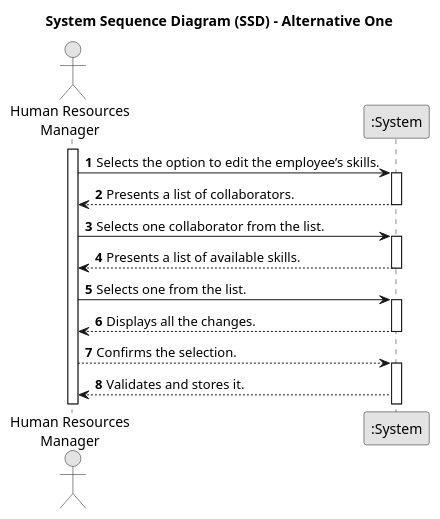
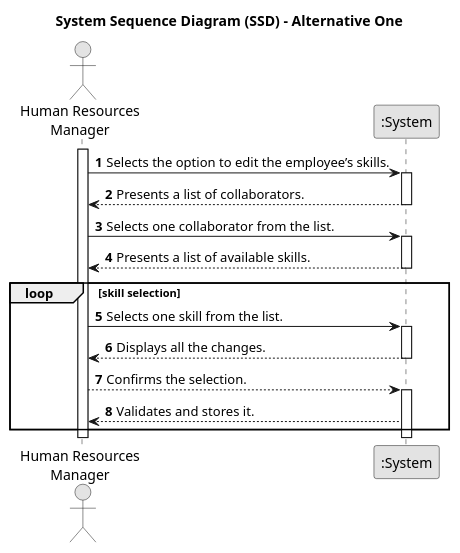
One commit to SAEmanuel/Green_Spaces_Management_ISEP changed the diagram in docs/sprintB/us004/01.requirements-engineering/puml/us004-system-sequence-diagram-alternative-one.puml. Above: the diagram before and after it, drawn with PlantUML.

Commit message:
US 04: Requirements SSD update v2

```diff
--- a/docs/sprintB/us004/01.requirements-engineering/puml/us004-system-sequence-diagram-alternative-one.puml
+++ b/docs/sprintB/us004/01.requirements-engineering/puml/us004-system-sequence-diagram-alternative-one.puml
@@ -1,41 +1,42 @@
 @startuml
 skinparam monochrome true
 skinparam packageStyle rectangle
 skinparam shadowing false
 
 title System Sequence Diagram (SSD) - Alternative One
 
 autonumber
 
 actor "Human Resources\nManager" as HRM
 participant ":System" as System
 
 activate HRM
 
 
      HRM -> System : Selects the option to edit the employee’s skills.
     activate System
 
     System --> HRM : Presents a list of collaborators.
         deactivate System
 
     HRM -> System : Selects one collaborator from the list.
          activate System
 
         System --> HRM : Presents a list of available skills.
     deactivate System
 
-        HRM -> System : Selects one from the list.
+        loop skill selection
+        HRM -> System : Selects one skill from the list.
     activate System
 
     System --> HRM : Displays all the changes.
     deactivate System
 
     HRM --> System : Confirms the selection.
     activate System
 
     System --> HRM : Validates and stores it.
-
+     end
 
 
 @enduml
```
